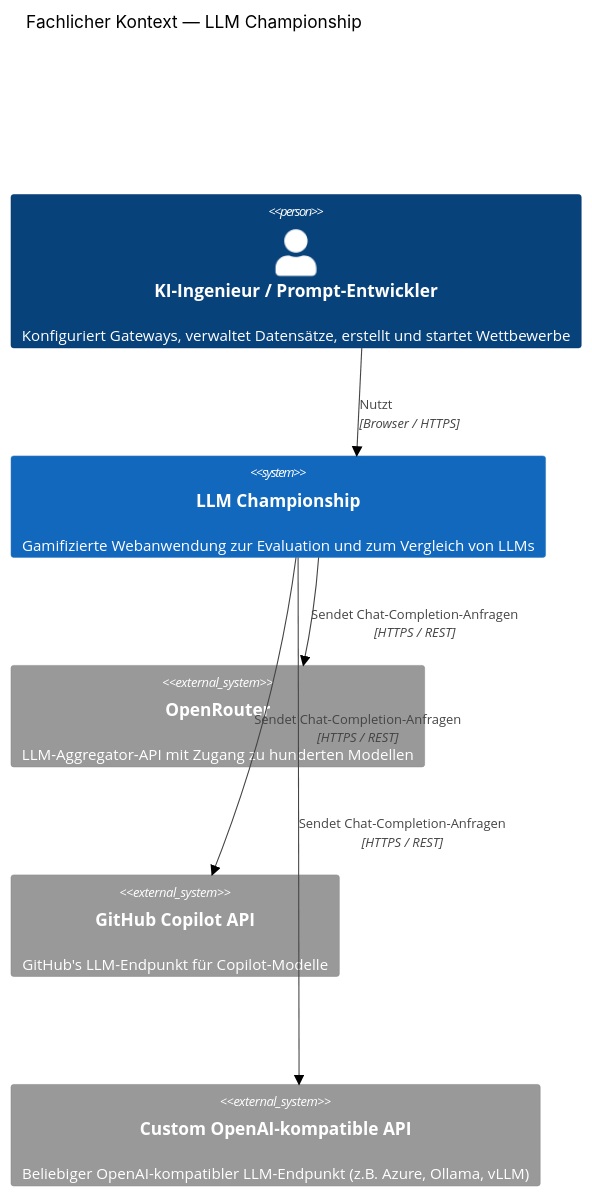
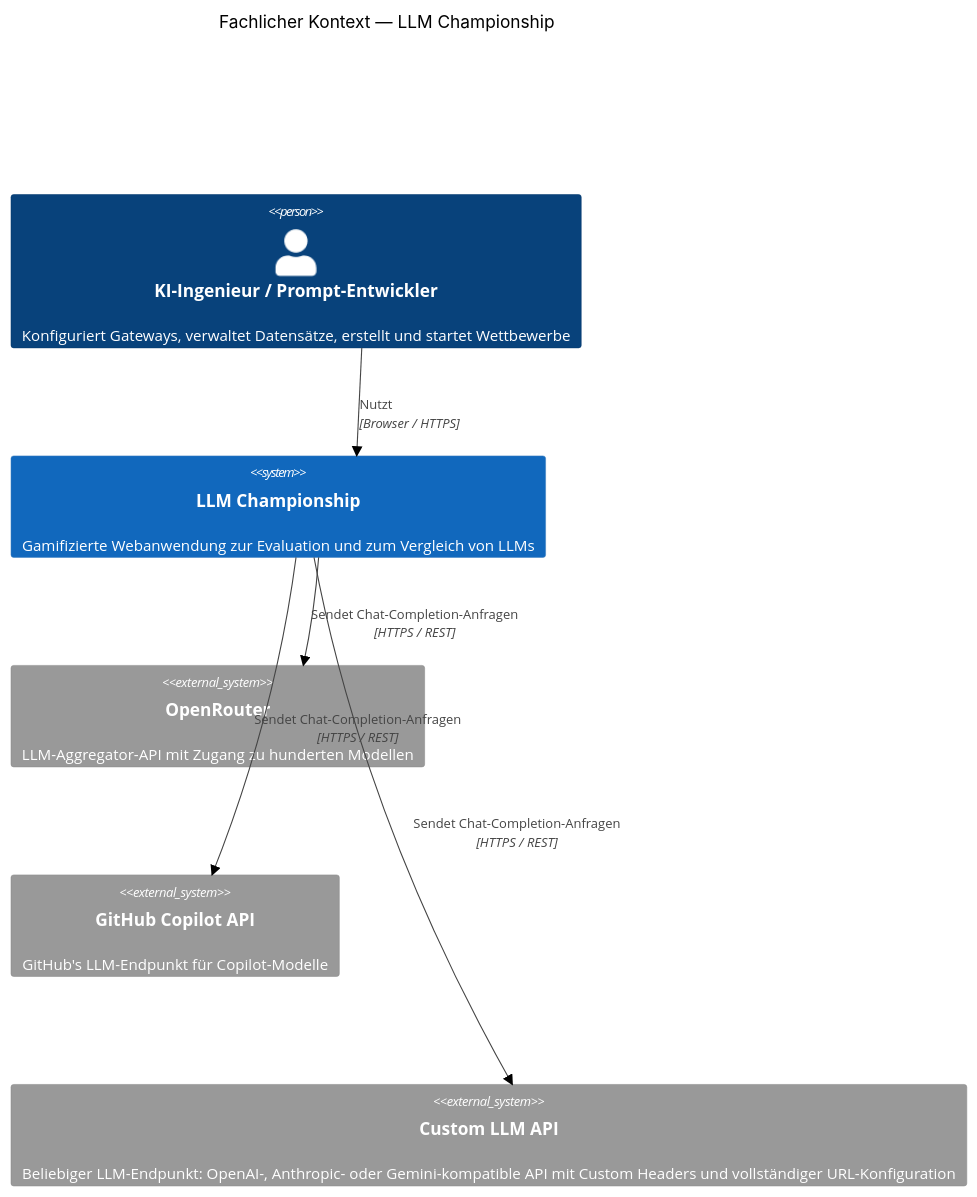
Before and after one commit to merlinbecker/LLM-Eval-Games2026: the first of 15 diagrams in arc42.md, drawn with Mermaid (neutral theme). The commit also changed other lines of this file and 19 other files, not shown here.

````diff
--- a/arc42.md
+++ b/arc42.md
@@ -68,17 +68,17 @@
 ```mermaid
 C4Context
     title Fachlicher Kontext — LLM Championship
 
     Person(user, "KI-Ingenieur / Prompt-Entwickler", "Konfiguriert Gateways, verwaltet Datensätze, erstellt und startet Wettbewerbe")
 
     System(llmChampionship, "LLM Championship", "Gamifizierte Webanwendung zur Evaluation und zum Vergleich von LLMs")
 
     System_Ext(openrouter, "OpenRouter", "LLM-Aggregator-API mit Zugang zu hunderten Modellen")
     System_Ext(githubCopilot, "GitHub Copilot API", "GitHub's LLM-Endpunkt für Copilot-Modelle")
-    System_Ext(customLLM, "Custom OpenAI-kompatible API", "Beliebiger OpenAI-kompatibler LLM-Endpunkt (z.B. Azure, Ollama, vLLM)")
+    System_Ext(customLLM, "Custom LLM API", "Beliebiger LLM-Endpunkt: OpenAI-, Anthropic- oder Gemini-kompatible API mit Custom Headers und vollständiger URL-Konfiguration")
 
     Rel(user, llmChampionship, "Nutzt", "Browser / HTTPS")
     Rel(llmChampionship, openrouter, "Sendet Chat-Completion-Anfragen", "HTTPS / REST")
     Rel(llmChampionship, githubCopilot, "Sendet Chat-Completion-Anfragen", "HTTPS / REST")
     Rel(llmChampionship, customLLM, "Sendet Chat-Completion-Anfragen", "HTTPS / REST")
 ```
````
